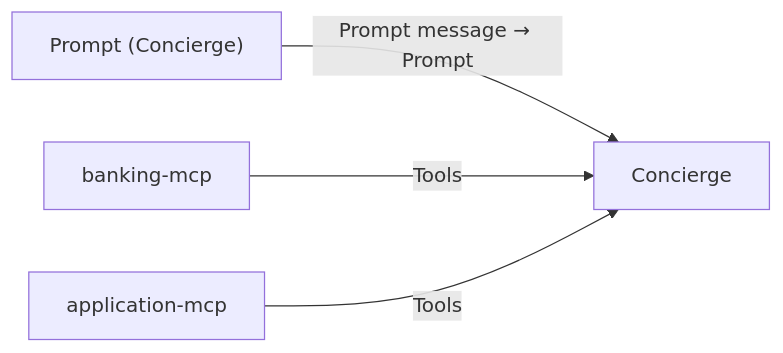
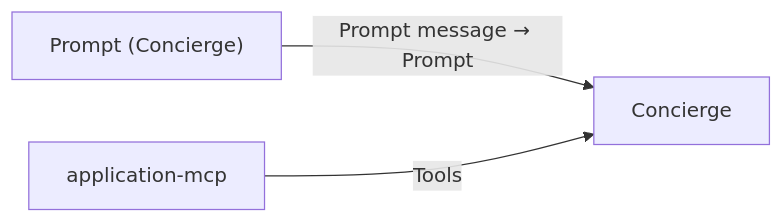
The tenth of 23 diagrams in paf/flows/CHAT_WORKFLOW.md (vmleon/oracle-database-private-agent-factory-poc), drawn with Mermaid before and after one commit. The commit also changed other lines of this file and 10 other files, not shown here.

````diff
--- a/paf/flows/CHAT_WORKFLOW.md
+++ b/paf/flows/CHAT_WORKFLOW.md
@@ -194,6 +284,5 @@
 ```mermaid
 flowchart LR
     P["Prompt (Concierge)"] -->|Prompt message → Prompt| A["Concierge"]
-    BM["banking-mcp"] -->|Tools| A
     AM["application-mcp"] -->|Tools| A
 ```
````
